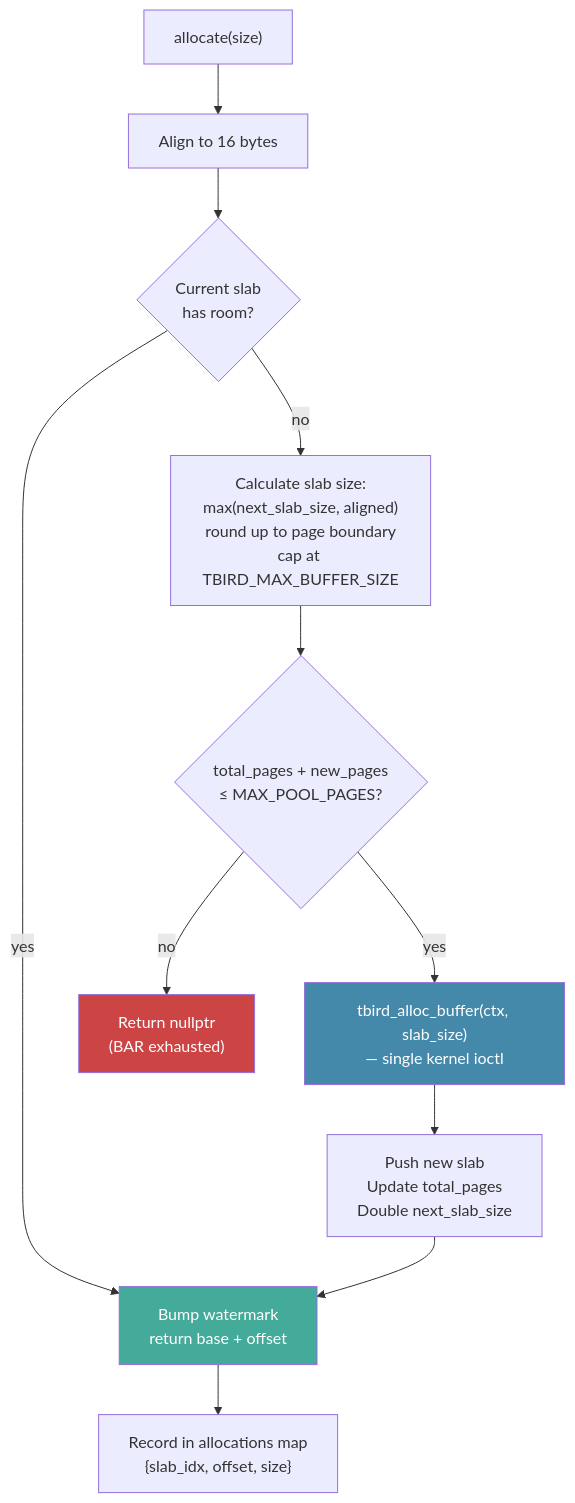
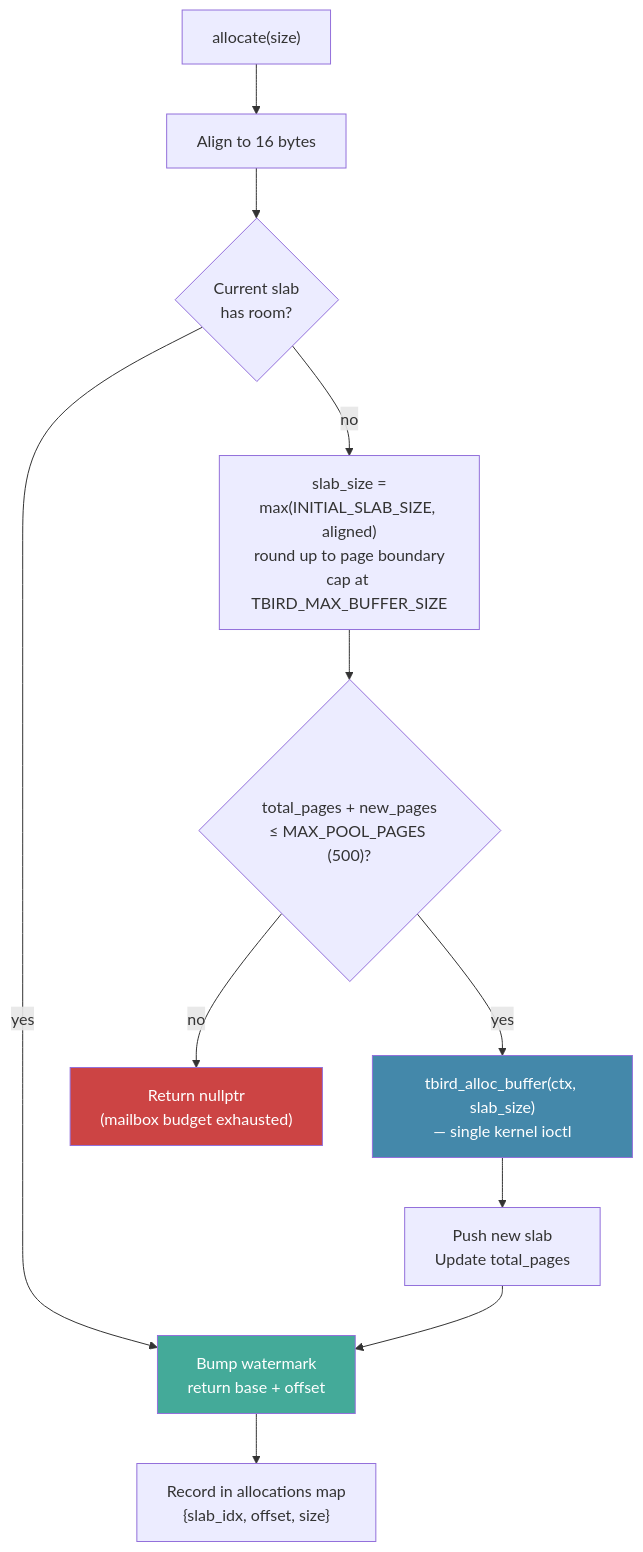
The third of 7 diagrams in offload/plugins-nextgen/thunderbird/docs/memory_pool_design.md (InspireSemi/llvm-project), drawn with Mermaid before and after one commit. The commit also changed other lines of this file and 1 other file, not shown here.

First line of the commit message:
Thunderbird MemoryPool: drop slab doubling, budget for mailbox coexistence

````diff
--- a/offload/plugins-nextgen/thunderbird/docs/memory_pool_design.md
+++ b/offload/plugins-nextgen/thunderbird/docs/memory_pool_design.md
@@ -78,21 +101,21 @@
 ```mermaid
 flowchart TD
     req["allocate(size)"] --> align["Align to 16 bytes"]
     align --> check{"Current slab<br/>has room?"}
 
     check -->|yes| bump["Bump watermark<br/>return base + offset"]
     bump --> record["Record in allocations map<br/>{slab_idx, offset, size}"]
 
-    check -->|no| calc["Calculate slab size:<br/>max(next_slab_size, aligned)<br/>round up to page boundary<br/>cap at TBIRD_MAX_BUFFER_SIZE"]
+    check -->|no| calc["slab_size =<br/>max(INITIAL_SLAB_SIZE, aligned)<br/>round up to page boundary<br/>cap at TBIRD_MAX_BUFFER_SIZE"]
 
-    calc --> budget{"total_pages + new_pages<br/>≤ MAX_POOL_PAGES?"}
-    budget -->|no| fail["Return nullptr<br/>(BAR exhausted)"]
+    calc --> budget{"total_pages + new_pages<br/>≤ MAX_POOL_PAGES (500)?"}
+    budget -->|no| fail["Return nullptr<br/>(mailbox budget exhausted)"]
     budget -->|yes| ioctl["tbird_alloc_buffer(ctx, slab_size)<br/>— single kernel ioctl"]
 
-    ioctl --> push["Push new slab<br/>Update total_pages<br/>Double next_slab_size"]
+    ioctl --> push["Push new slab<br/>Update total_pages"]
     push --> bump
 
     style fail fill:#c44,color:#fff
     style ioctl fill:#48a,color:#fff
     style bump fill:#4a9,color:#fff
 ```
````
